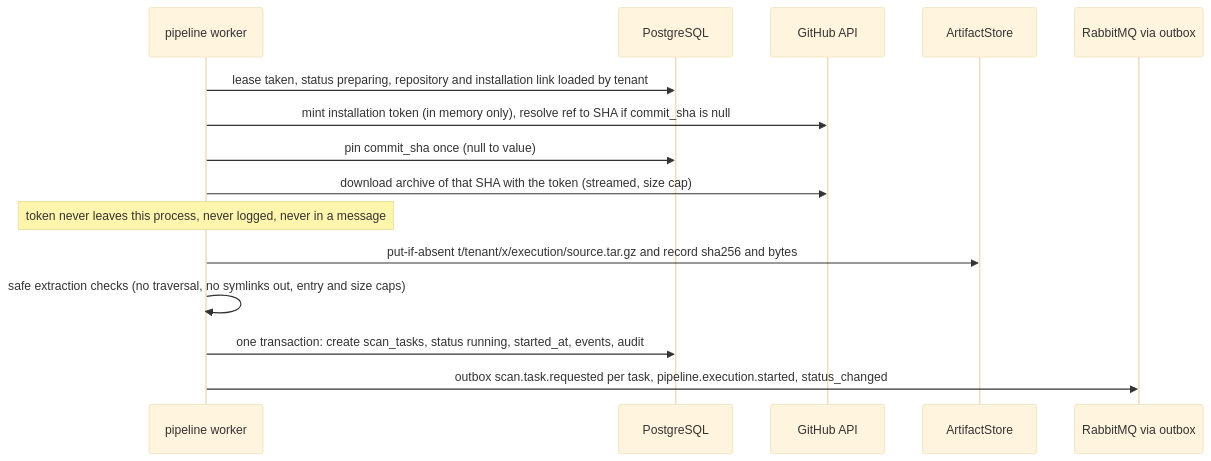
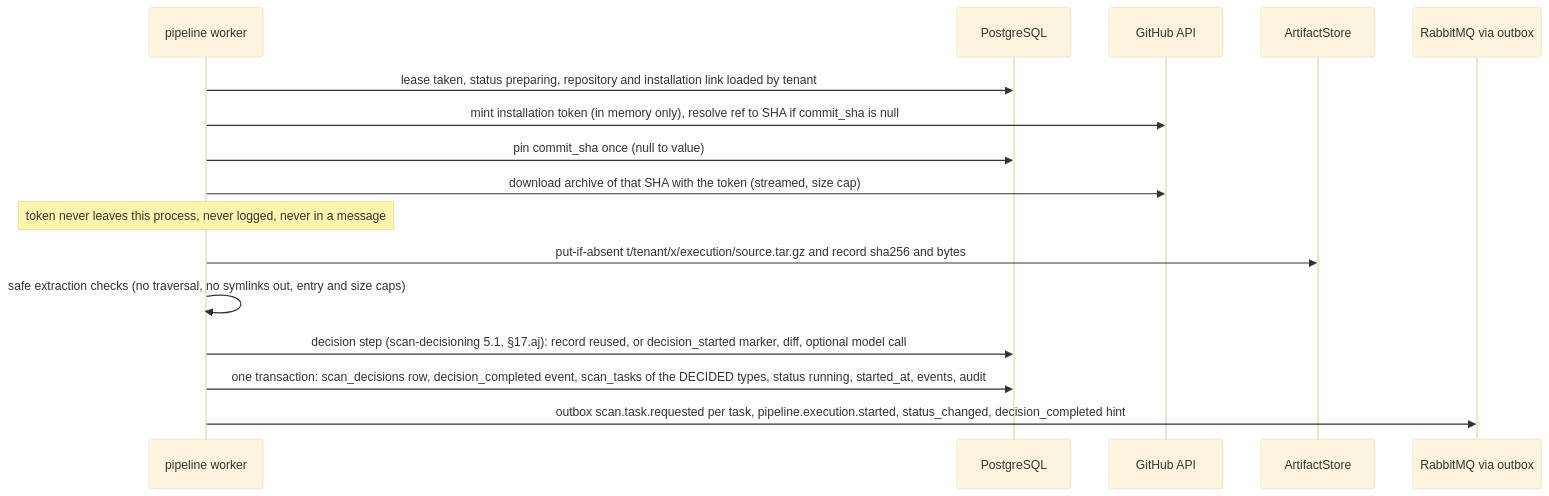
The third of 3 diagrams in docs/modules/executions/SPEC.md (venkatanarendra-stcoe/quali-detect), drawn with Mermaid (base theme) before and after one commit. The commit also changed other lines of this file and 39 other files, not shown here.

First line of the commit message:
feat(scan-decisioning): part E, decision in the Executions preparing state (decided tasks only, decision record, reclaim reuse, zero-scan with quota refund)

````diff
--- a/docs/modules/executions/SPEC.md
+++ b/docs/modules/executions/SPEC.md
@@ -326,17 +329,18 @@
 ```mermaid
 sequenceDiagram
   participant W as pipeline worker
   participant D as PostgreSQL
   participant G as GitHub API
   participant S as ArtifactStore
   participant Q as RabbitMQ via outbox
   W->>D: lease taken, status preparing, repository and installation link loaded by tenant
   W->>G: mint installation token (in memory only), resolve ref to SHA if commit_sha is null
   W->>D: pin commit_sha once (null to value)
   W->>G: download archive of that SHA with the token (streamed, size cap)
   Note over W: token never leaves this process, never logged, never in a message
   W->>S: put-if-absent t/tenant/x/execution/source.tar.gz and record sha256 and bytes
   W->>W: safe extraction checks (no traversal, no symlinks out, entry and size caps)
-  W->>D: one transaction: create scan_tasks, status running, started_at, events, audit
-  W->>Q: outbox scan.task.requested per task, pipeline.execution.started, status_changed
+  W->>D: decision step (scan-decisioning 5.1, §17.aj): record reused, or decision_started marker, diff, optional model call
+  W->>D: one transaction: scan_decisions row, decision_completed event, scan_tasks of the DECIDED types, status running, started_at, events, audit
+  W->>Q: outbox scan.task.requested per task, pipeline.execution.started, status_changed, decision_completed hint
 ```
````
